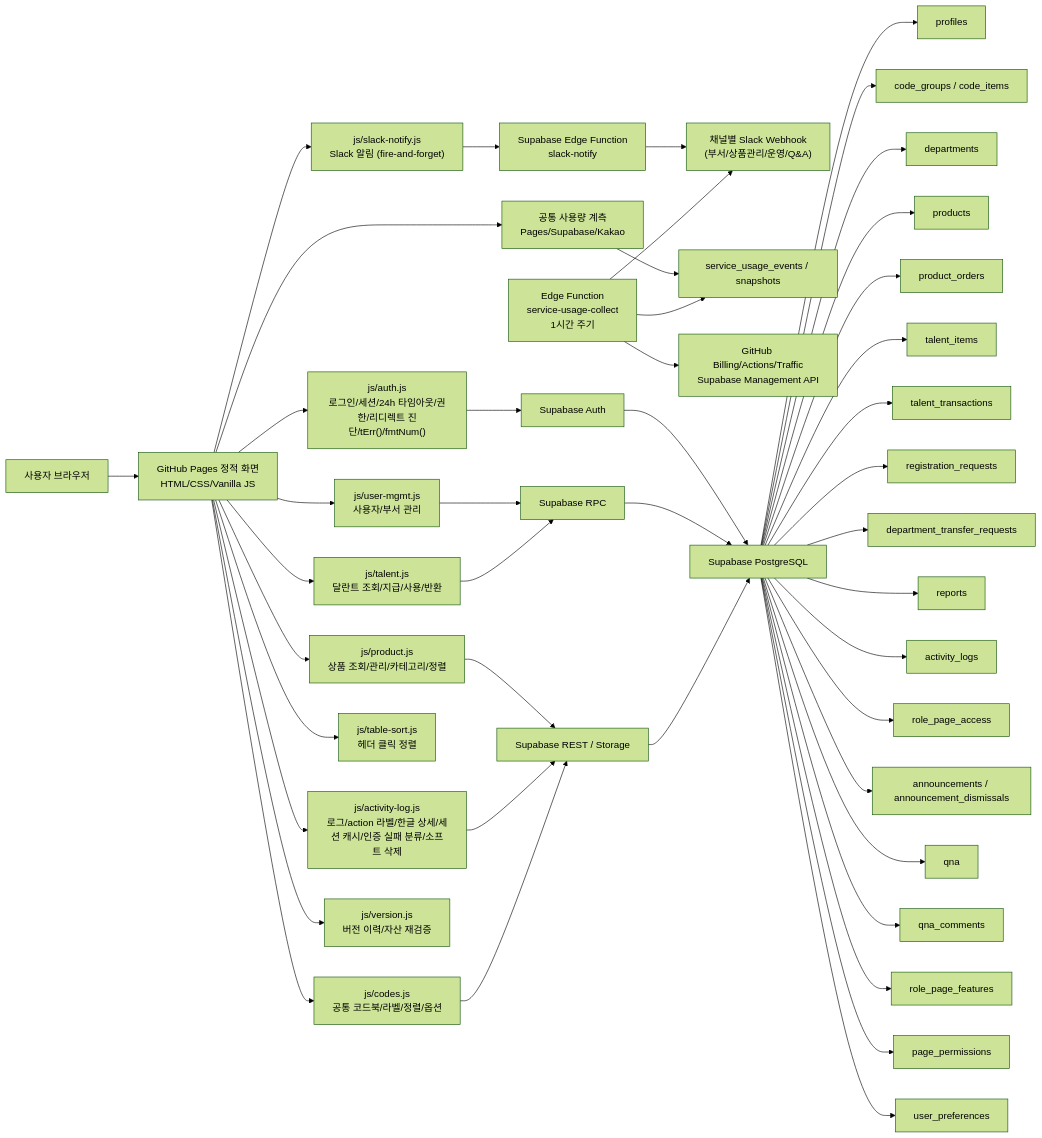
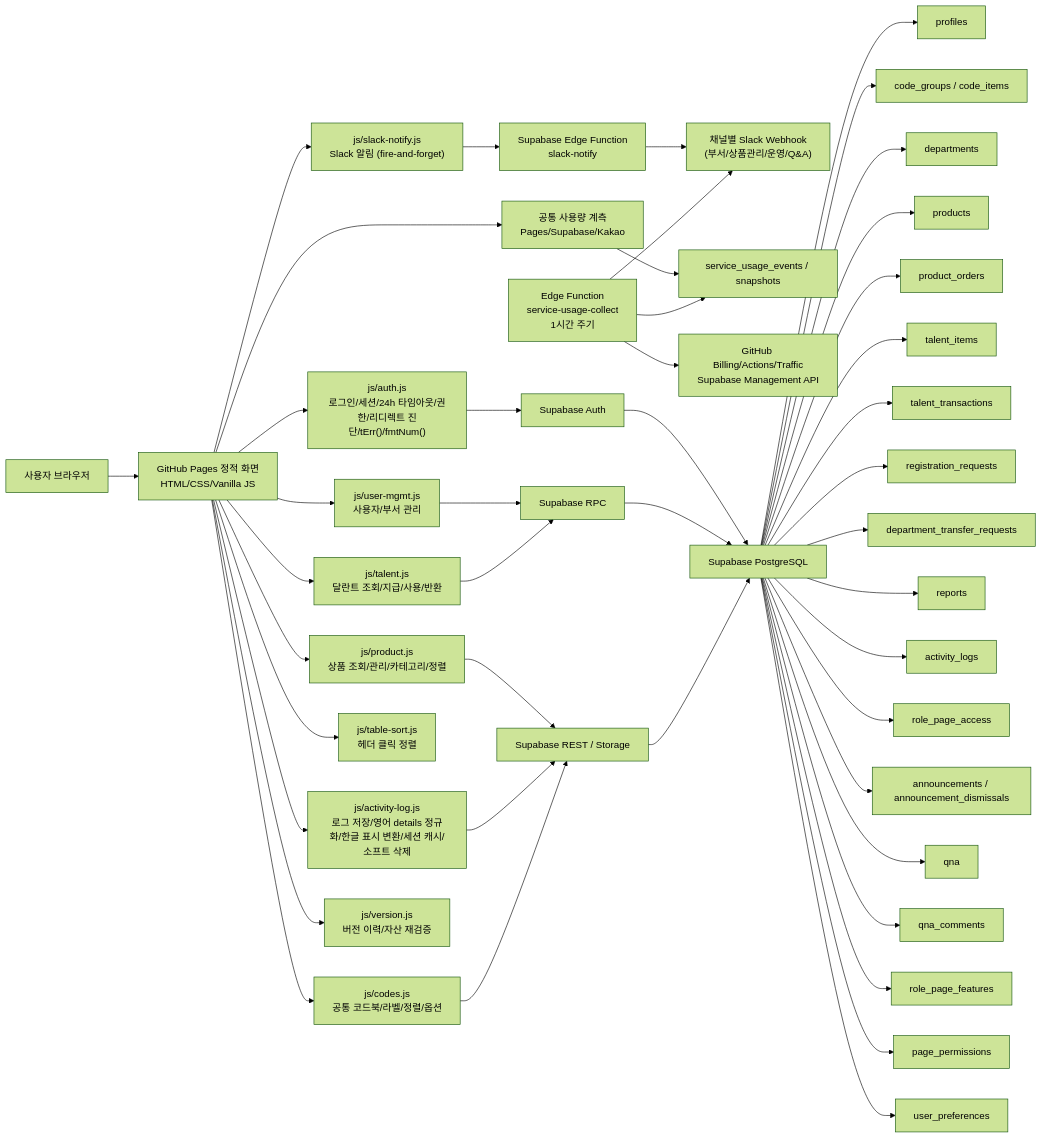
Before and after one commit to CHO-Talents/CHO-Talents: the first of 16 diagrams in docs/PROJECT_ARCHITECTURE_FLOW.md, drawn with Mermaid (forest theme). The commit also changed other lines of this file and 33 other files, not shown here.

````diff
--- a/docs/PROJECT_ARCHITECTURE_FLOW.md
+++ b/docs/PROJECT_ARCHITECTURE_FLOW.md
@@ -28,52 +28,52 @@
 ```mermaid
 flowchart LR
   User["사용자 브라우저"] --> Pages["GitHub Pages 정적 화면<br/>HTML/CSS/Vanilla JS"]
 
   Pages --> AuthJS["js/auth.js<br/>로그인/세션/24h 타임아웃/권한/리디렉트 진단/tErr()/fmtNum()"]
-  Pages --> LogJS["js/activity-log.js<br/>로그/action 라벨/한글 상세/세션 캐시/인증 실패 분류/소프트 삭제"]
+  Pages --> LogJS["js/activity-log.js<br/>로그 저장/영어 details 정규화/한글 표시 변환/세션 캐시/소프트 삭제"]
   Pages --> CodesJS["js/codes.js<br/>공통 코드북/라벨/정렬/옵션"]
   Pages --> UserMgmt["js/user-mgmt.js<br/>사용자/부서 관리"]
   Pages --> TalentJS["js/talent.js<br/>달란트 조회/지급/사용/반환"]
   Pages --> ProductJS["js/product.js<br/>상품 조회/관리/카테고리/정렬"]
   Pages --> TableSortJS["js/table-sort.js<br/>헤더 클릭 정렬"]
   Pages --> SlackJS["js/slack-notify.js<br/>Slack 알림 (fire-and-forget)"]
   Pages --> VersionJS["js/version.js<br/>버전 이력/자산 재검증"]
 
   SlackJS --> EdgeFn["Supabase Edge Function<br/>slack-notify"]
   EdgeFn --> Slack["채널별 Slack Webhook<br/>(부서/상품관리/운영/Q&A)"]
   Pages --> UsageTelemetry["공통 사용량 계측<br/>Pages/Supabase/Kakao"]
   UsageTelemetry --> UsageDB["service_usage_events / snapshots"]
   UsageCollector["Edge Function<br/>service-usage-collect<br/>1시간 주기"] --> UsageDB
   UsageCollector --> ExternalUsage["GitHub Billing/Actions/Traffic<br/>Supabase Management API"]
   UsageCollector --> Slack
 
   AuthJS --> Auth["Supabase Auth"]
   UserMgmt --> RPC["Supabase RPC"]
   TalentJS --> RPC
   ProductJS --> Rest["Supabase REST / Storage"]
   LogJS --> Rest
   CodesJS --> Rest
 
   Auth --> DB["Supabase PostgreSQL"]
   RPC --> DB
   Rest --> DB
 
   DB --> Profiles["profiles"]
   DB --> Codes["code_groups / code_items"]
   DB --> Departments["departments"]
   DB --> Products["products"]
   DB --> Orders["product_orders"]
   DB --> Items["talent_items"]
   DB --> Transactions["talent_transactions"]
   DB --> Requests["registration_requests"]
   DB --> Transfers["department_transfer_requests"]
   DB --> Reports["reports"]
   DB --> Logs["activity_logs"]
   DB --> RoleAccess["role_page_access"]
   DB --> Announcements["announcements / announcement_dismissals"]
   DB --> QnA["qna"]
   DB --> QnAComments["qna_comments"]
   DB --> RoleFeatures["role_page_features"]
   DB --> PagePerms["page_permissions"]
   DB --> UserPrefs["user_preferences"]
 ```
````
